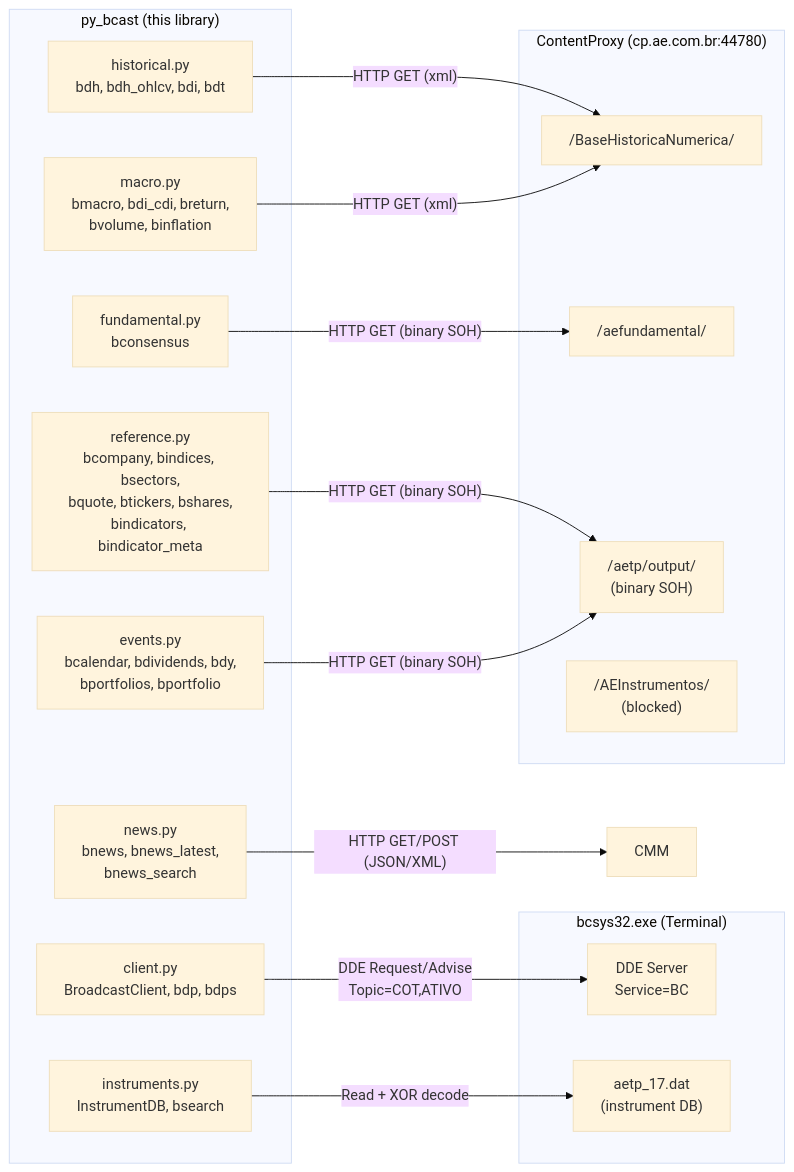
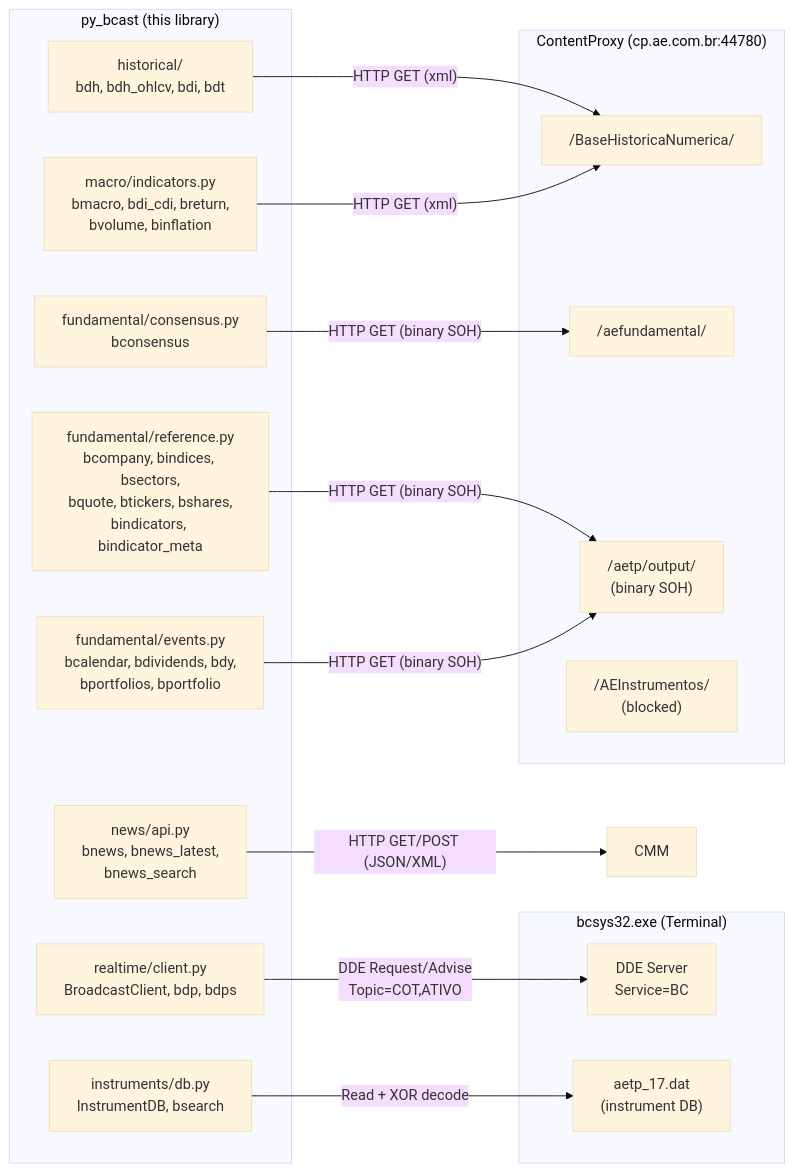
The first of 2 diagrams in docs/architecture.md (enzoomoreira/py-bcast), drawn with Mermaid (base theme) before and after one commit. The commit also changed other lines of this file and 44 other files, not shown here.

````diff
--- a/docs/architecture.md
+++ b/docs/architecture.md
@@ -7,34 +7,34 @@
 ```mermaid
 graph LR
     subgraph "py_bcast (this library)"
-        CLIENT["client.py<br/>BroadcastClient, bdp, bdps"]
-        HIST["historical.py<br/>bdh, bdh_ohlcv, bdi, bdt"]
-        MACRO["macro.py<br/>bmacro, bdi_cdi, breturn,<br/>bvolume, binflation"]
-        FUND["fundamental.py<br/>bconsensus"]
-        REF["reference.py<br/>bcompany, bindices, bsectors,<br/>bquote, btickers, bshares,<br/>bindicators, bindicator_meta"]
-        EVT["events.py<br/>bcalendar, bdividends, bdy,<br/>bportfolios, bportfolio"]
-        NEWS["news.py<br/>bnews, bnews_latest,<br/>bnews_search"]
-        INST["instruments.py<br/>InstrumentDB, bsearch"]
+        CLIENT["realtime/client.py<br/>BroadcastClient, bdp, bdps"]
+        HIST["historical/<br/>bdh, bdh_ohlcv, bdi, bdt"]
+        MACRO["macro/indicators.py<br/>bmacro, bdi_cdi, breturn,<br/>bvolume, binflation"]
+        FUND["fundamental/consensus.py<br/>bconsensus"]
+        REF["fundamental/reference.py<br/>bcompany, bindices, bsectors,<br/>bquote, btickers, bshares,<br/>bindicators, bindicator_meta"]
+        EVT["fundamental/events.py<br/>bcalendar, bdividends, bdy,<br/>bportfolios, bportfolio"]
+        NEWS["news/api.py<br/>bnews, bnews_latest,<br/>bnews_search"]
+        INST["instruments/db.py<br/>InstrumentDB, bsearch"]
     end
 
     subgraph "bcsys32.exe (Terminal)"
         DDE["DDE Server<br/>Service=BC"]
         DB["aetp_17.dat<br/>(instrument DB)"]
     end
 
     subgraph "ContentProxy (cp.ae.com.br:44780)"
         BHN["/BaseHistoricaNumerica/"]
         AEF["/aefundamental/"]
         AETP["/aetp/output/<br/>(binary SOH)"]
         AEI["/AEInstrumentos/<br/>(blocked)"]
     end
 
     CLIENT -->|"DDE Request/Advise<br/>Topic=COT,ATIVO"| DDE
     HIST -->|"HTTP GET (xml)"| BHN
     MACRO -->|"HTTP GET (xml)"| BHN
     FUND -->|"HTTP GET (binary SOH)"| AEF
     REF -->|"HTTP GET (binary SOH)"| AETP
     EVT -->|"HTTP GET (binary SOH)"| AETP
     NEWS -->|"HTTP GET/POST (JSON/XML)"| CMM
     INST -->|"Read + XOR decode"| DB
 ```
````
